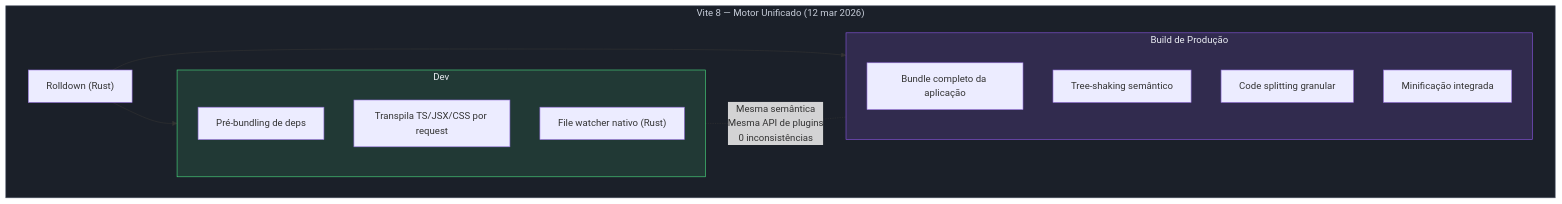
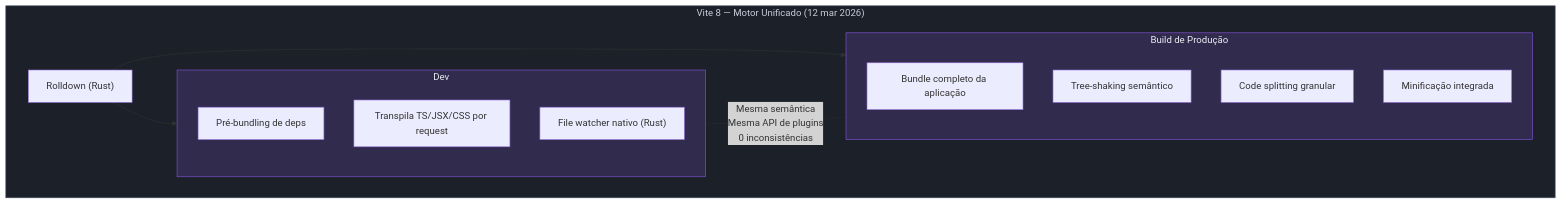
The second of 9 diagrams in 03-Dominios/Tecnologia/Tooling e Build/13 - Vite a fundo.md (josenaldo/codex-technomanticus), drawn with Mermaid before and after one commit. The commit also changed other lines of this file and 601 other files, not shown here.

````diff
--- a/03-Dominios/Tecnologia/Tooling e Build/13 - Vite a fundo.md
+++ b/03-Dominios/Tecnologia/Tooling e Build/13 - Vite a fundo.md
@@ -82,33 +81,32 @@
 ```mermaid
 graph LR
     classDef neutro fill:#1B2029,stroke:#4E5666,color:#C6CCD8
-    classDef ok fill:#4ADE8021,stroke:#4ADE80,color:#E9ECF2
     classDef marca fill:#8855DF33,stroke:#8855DF,color:#E9ECF2
     subgraph VITE8["Vite 8 — Motor Unificado (12 mar 2026)"]
         direction LR
 
         RD["Rolldown (Rust)"]
 
         subgraph DEV["Dev"]
             D1["Pré-bundling de deps"]
             D2["Transpila TS/JSX/CSS por request"]
             D3["File watcher nativo (Rust)"]
         end
 
         subgraph BUILD["Build de Produção"]
             B1["Bundle completo da aplicação"]
             B2["Tree-shaking semântico"]
             B3["Code splitting granular"]
             B4["Minificação integrada"]
         end
 
         RD --> DEV
         RD --> BUILD
 
         DEV -. "Mesma semântica\nMesma API de plugins\n0 inconsistências" .- BUILD
     end
 
     class VITE8 neutro
-    class DEV ok
+    class DEV marca
     class BUILD marca
 ```
````
